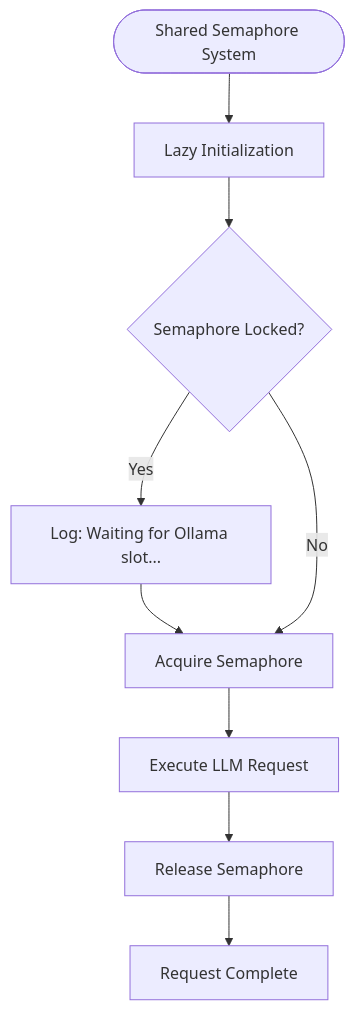
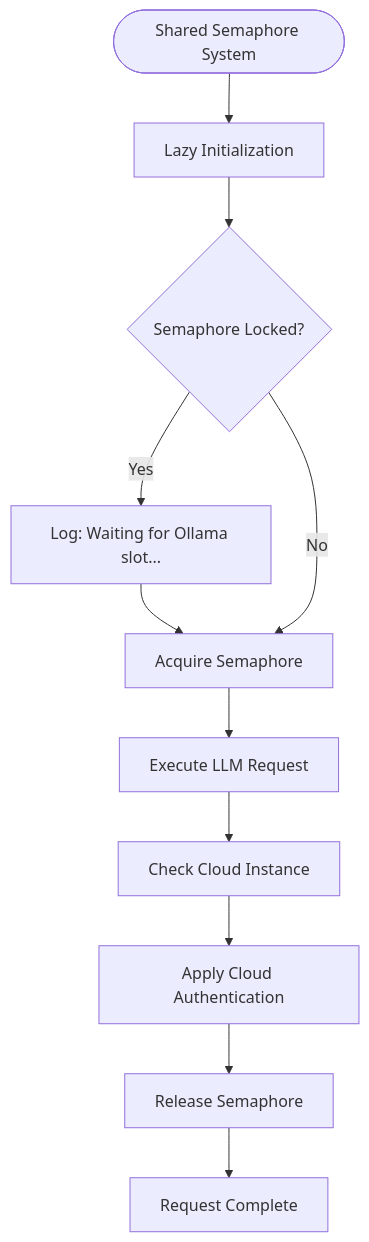
Before and after one commit to Revanththetalogics/aireume: the fourth of 15 diagrams in .qoder/repowiki/en/content/Analysis Engine/LLM Service Integration.md, drawn with Mermaid. The commit also changed other lines of this file and 11 other files, not shown here.

````diff
--- a/.qoder/repowiki/en/content/Analysis Engine/LLM Service Integration.md
+++ b/.qoder/repowiki/en/content/Analysis Engine/LLM Service Integration.md
@@ -198,11 +264,13 @@
 ```mermaid
 flowchart TD
 Start(["Shared Semaphore System"]) --> LazyInit["Lazy Initialization"]
 LazyInit --> CheckLock{"Semaphore Locked?"}
 CheckLock --> |Yes| LogWait["Log: Waiting for Ollama slot..."]
 LogWait --> Acquire["Acquire Semaphore"]
 CheckLock --> |No| Acquire
 Acquire --> Execute["Execute LLM Request"]
-Execute --> Release["Release Semaphore"]
+Execute --> CloudCheck["Check Cloud Instance"]
+CloudCheck --> CloudAuth["Apply Cloud Authentication"]
+CloudAuth --> Release["Release Semaphore"]
 Release --> Complete["Request Complete"]
 ```
````
